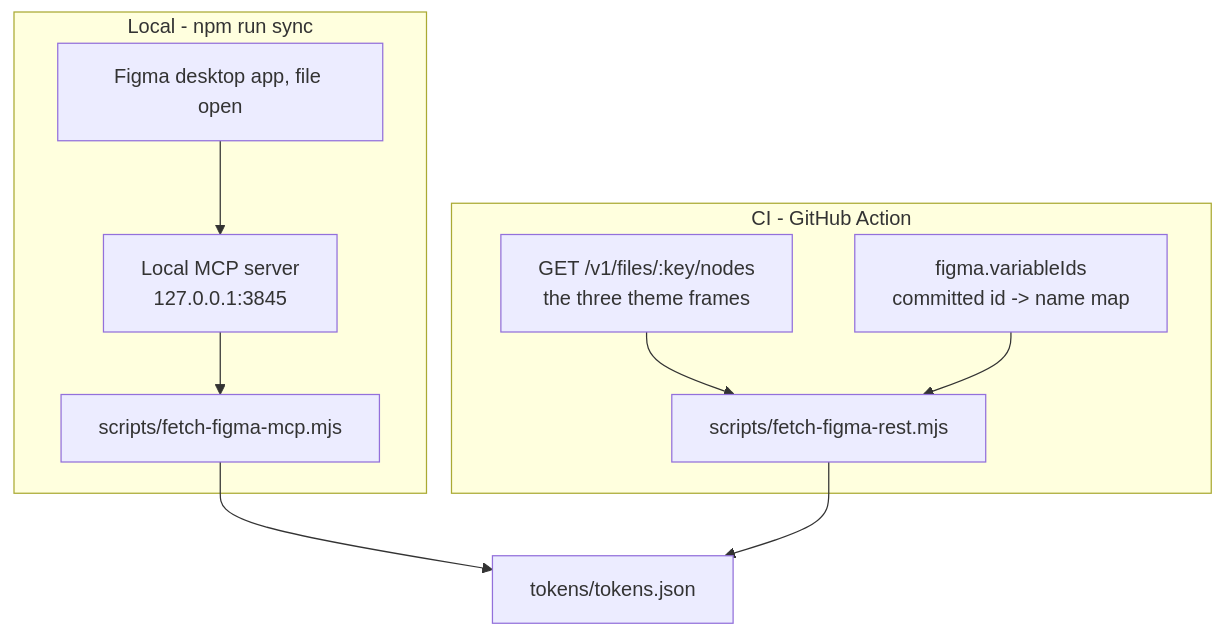
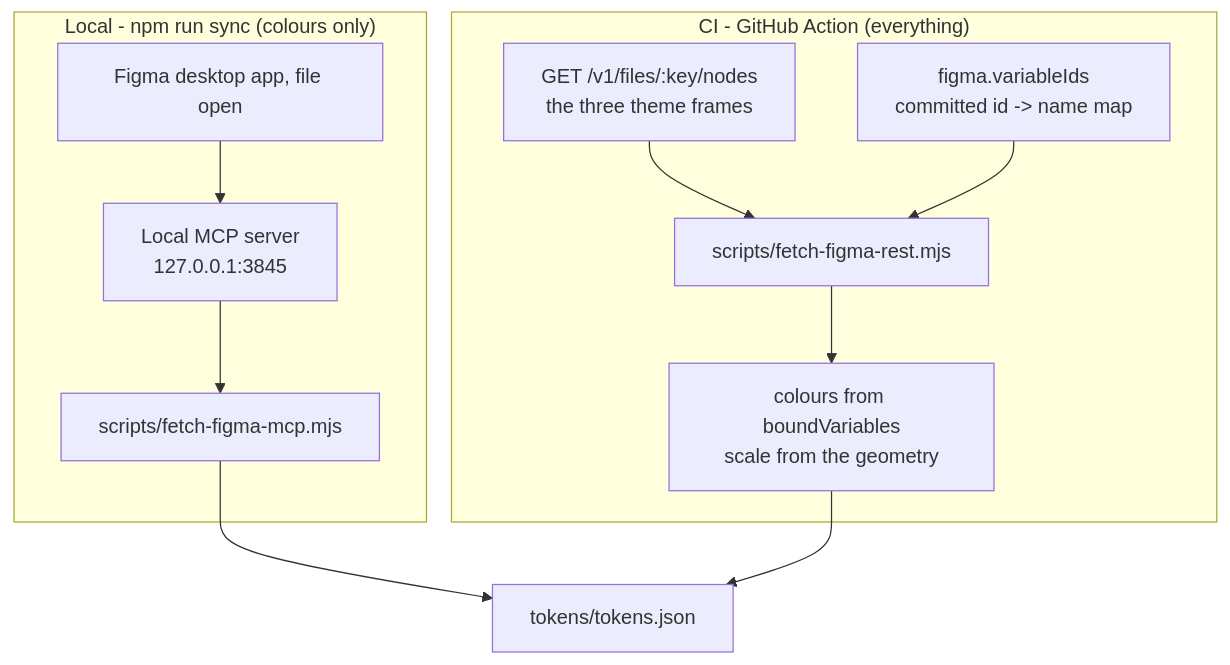
One commit to serhii-kucherenko/expo-figma-tokens changed the fifth of 5 diagrams in README.md. Above: the diagram before and after it, drawn with Mermaid. The commit also changed other lines of this file, not shown here.

First line of the commit message:
Frame the README around all tokens, not just colours

````diff
--- a/README.md
+++ b/README.md
@@ -195,13 +209,14 @@
 ```mermaid
 flowchart TB
-  subgraph L["Local - npm run sync"]
+  subgraph L["Local - npm run sync (colours only)"]
     L1["Figma desktop app, file open"] --> L2["Local MCP server<br/>127.0.0.1:3845"]
     L2 --> L3["scripts/fetch-figma-mcp.mjs"]
   end
-  subgraph C["CI - GitHub Action"]
+  subgraph C["CI - GitHub Action (everything)"]
     C1["GET /v1/files/:key/nodes<br/>the three theme frames"] --> C2["scripts/fetch-figma-rest.mjs"]
     M["figma.variableIds<br/>committed id -> name map"] --> C2
+    C2 --> C5["colours from boundVariables<br/>scale from the geometry"]
   end
   L3 --> T["tokens/tokens.json"]
-  C2 --> T
+  C5 --> T
 ```
````
